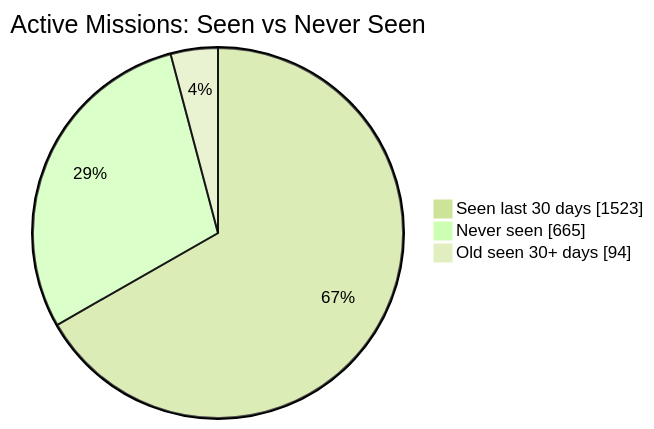
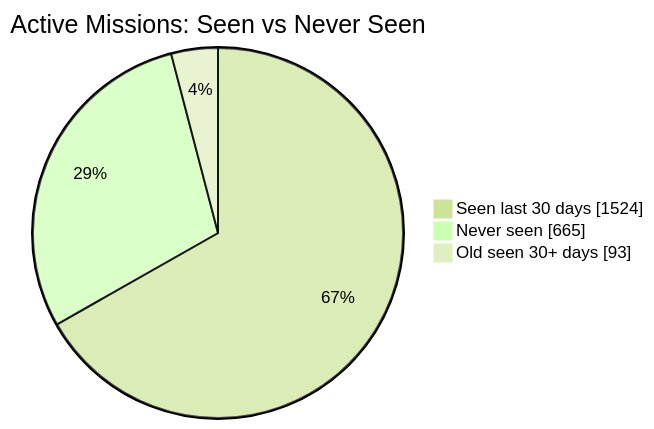
The first of 2 diagrams in README.md (MeldkamerspelGameTeam/active-missions), drawn with Mermaid (forest theme) before and after one commit. The commit also changed other lines of this file and 2 other files, not shown here.

````diff
--- a/README.md
+++ b/README.md
@@ -34,7 +34,7 @@
 ```mermaid
 pie showData
     title Active Missions: Seen vs Never Seen
-    "Seen last 30 days" : 1523
+    "Seen last 30 days" : 1524
     "Never seen" : 665
-    "Old seen 30+ days" : 94
+    "Old seen 30+ days" : 93
 ```
````
